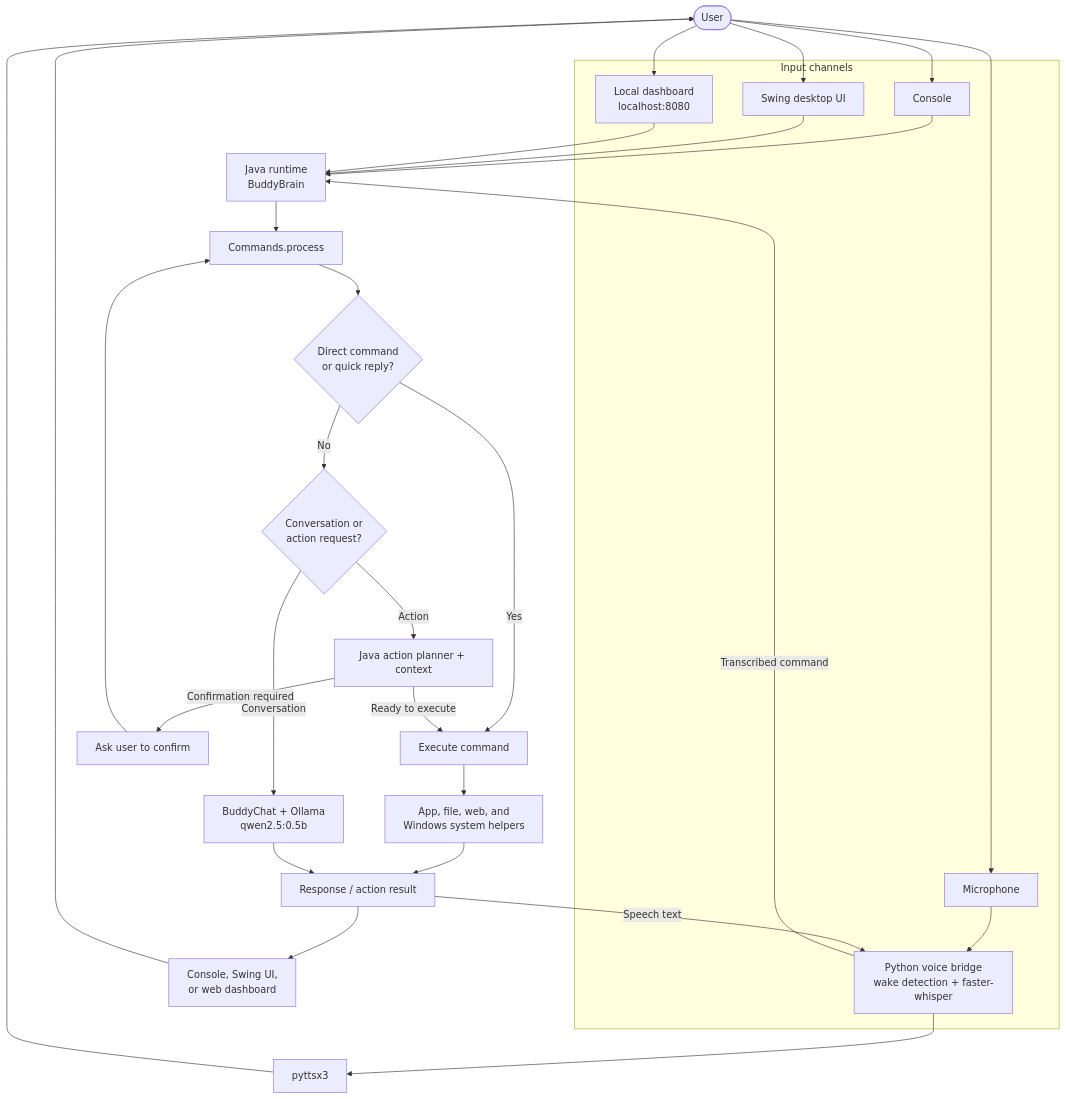
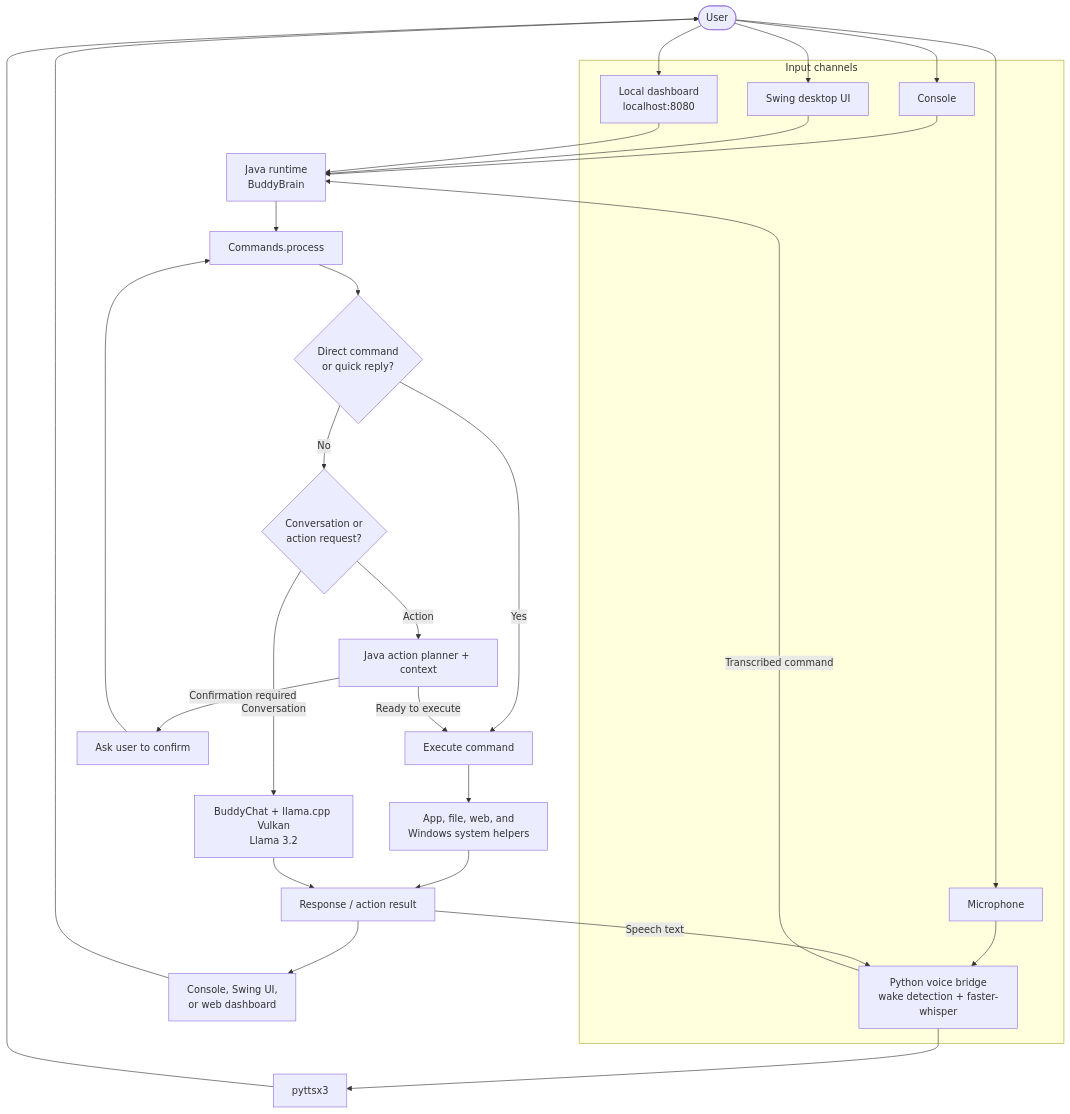
The diagram in README.md (SaiTejaDabbara/Personal-AI-Assistant), drawn with Mermaid before and after one commit. The commit also changed other lines of this file and 8 other files, not shown here.

Commit message:
Move Buddy inference to AMD Vulkan

````diff
--- a/README.md
+++ b/README.md
@@ -206,43 +206,43 @@
 ```mermaid
 flowchart TD
     User([User])
 
     subgraph Input["Input channels"]
         Console["Console"]
         Desktop["Swing desktop UI"]
         Web["Local dashboard<br/>localhost:8080"]
         Mic["Microphone"]
         Voice["Python voice bridge<br/>wake detection + faster-whisper"]
         Mic --> Voice
     end
 
     User --> Console
     User --> Desktop
     User --> Web
     User --> Mic
 
     Console --> Core["Java runtime<br/>BuddyBrain"]
     Desktop --> Core
     Web --> Core
     Voice -->|"Transcribed command"| Core
 
     Core --> Commands["Commands.process"]
     Commands --> Fast{"Direct command<br/>or quick reply?"}
     Fast -->|"Yes"| Action["Execute command"]
     Fast -->|"No"| Route{"Conversation or<br/>action request?"}
-    Route -->|"Conversation"| Chat["BuddyChat + Ollama<br/>qwen2.5:0.5b"]
+    Route -->|"Conversation"| Chat["BuddyChat + llama.cpp Vulkan<br/>Llama 3.2"]
     Route -->|"Action"| Planner["Java action planner + context"]
     Planner -->|"Confirmation required"| Confirm["Ask user to confirm"]
     Confirm --> Commands
     Planner -->|"Ready to execute"| Action
 
     Action --> Tools["App, file, web, and<br/>Windows system helpers"]
     Tools --> Result["Response / action result"]
     Chat --> Result
 
     Result --> Output["Console, Swing UI,<br/>or web dashboard"]
     Result -->|"Speech text"| Voice
     Voice --> Speaker["pyttsx3"]
     Speaker --> User
     Output --> User
 ```
````
